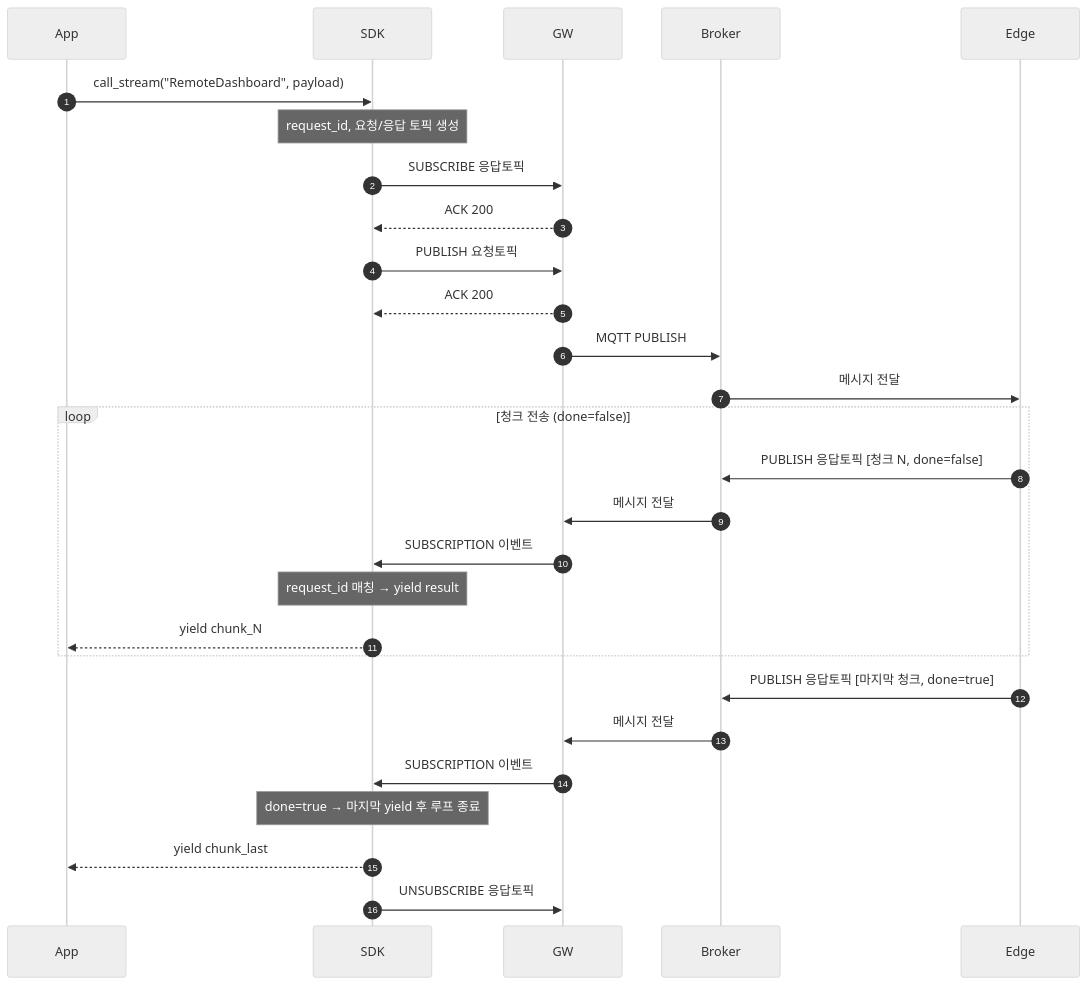
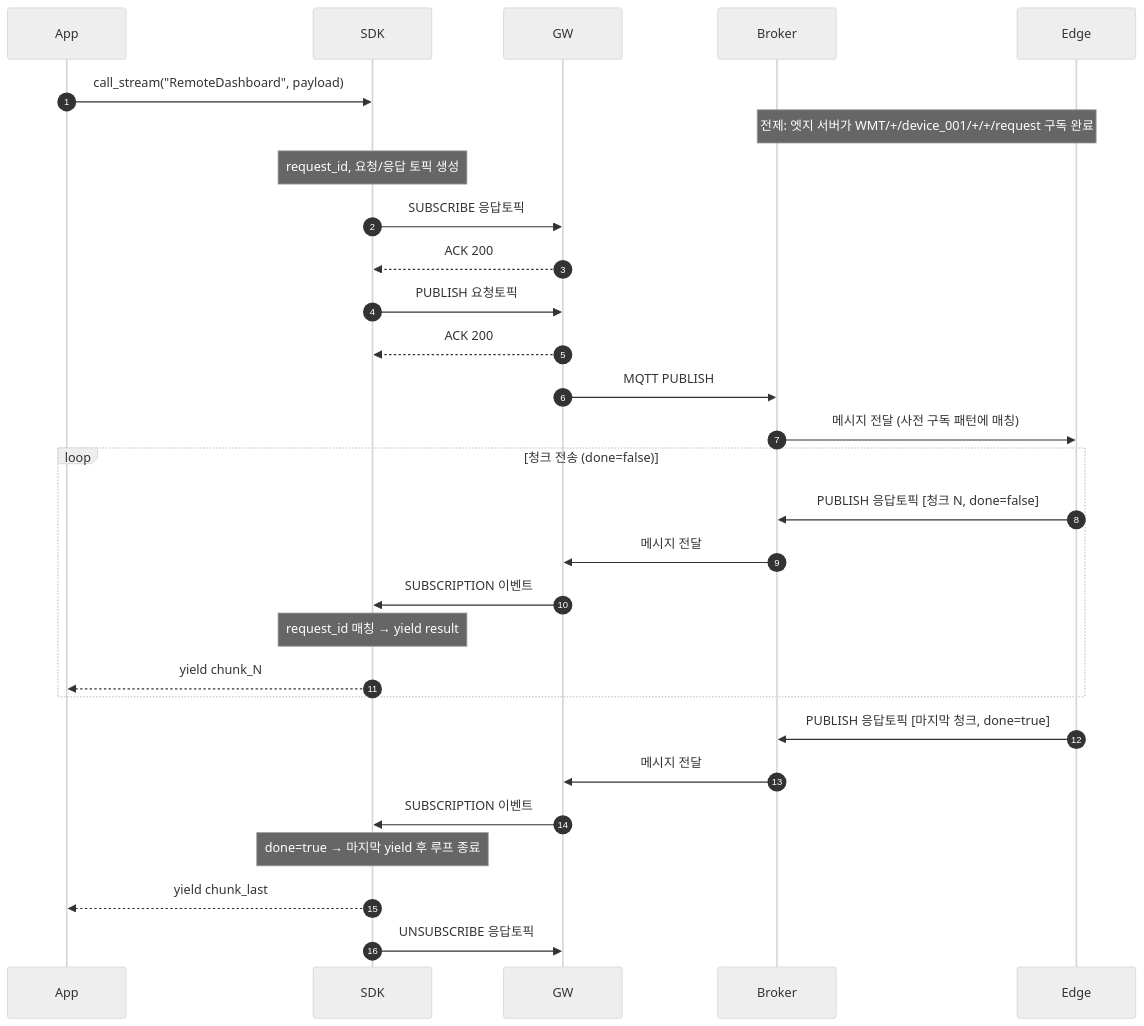
The seventh of 12 diagrams in docs/RPC_SEQUENCE_DIAGRAMS.md (DongEunKim/MQTT-WSS-API), drawn with Mermaid (neutral theme) before and after one commit. The commit also changed other lines of this file, not shown here.

````diff
--- a/docs/RPC_SEQUENCE_DIAGRAMS.md
+++ b/docs/RPC_SEQUENCE_DIAGRAMS.md
@@ -226,37 +262,38 @@
 ```mermaid
 sequenceDiagram
     autonumber
     participant App
     participant SDK
     participant GW
     participant Broker
     participant Edge
 
     App->>SDK: call_stream("RemoteDashboard", payload)
 
+    Note over Edge,Broker: 전제: 엣지 서버가 WMT/+/device_001/+/+/request 구독 완료
     Note over SDK: request_id, 요청/응답 토픽 생성
 
     SDK->>GW: SUBSCRIBE 응답토픽
     GW-->>SDK: ACK 200
     SDK->>GW: PUBLISH 요청토픽
     GW-->>SDK: ACK 200
     GW->>Broker: MQTT PUBLISH
-    Broker->>Edge: 메시지 전달
+    Broker->>Edge: 메시지 전달 (사전 구독 패턴에 매칭)
 
     loop 청크 전송 (done=false)
         Edge->>Broker: PUBLISH 응답토픽 [청크 N, done=false]
         Broker->>GW: 메시지 전달
         GW->>SDK: SUBSCRIPTION 이벤트
         Note over SDK: request_id 매칭 → yield result
         SDK-->>App: yield chunk_N
     end
 
     Edge->>Broker: PUBLISH 응답토픽 [마지막 청크, done=true]
     Broker->>GW: 메시지 전달
     GW->>SDK: SUBSCRIPTION 이벤트
 
     Note over SDK: done=true → 마지막 yield 후 루프 종료
 
     SDK-->>App: yield chunk_last
     SDK->>GW: UNSUBSCRIBE 응답토픽
 ```
````
